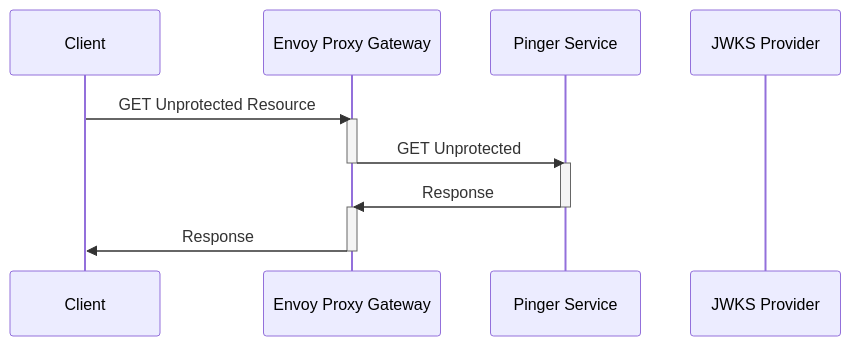
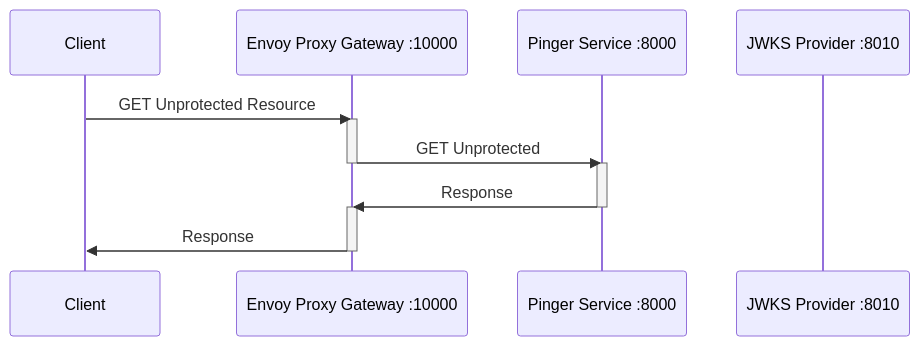
Before and after one commit to edkirin/envoygateway: the first of 2 diagrams in README.md, drawn with Mermaid. The commit also changed other lines of this file and 1 other file, not shown here.

````diff
--- a/README.md
+++ b/README.md
@@ -7,17 +7,17 @@
 ```mermaid
 sequenceDiagram
     participant client as Client
-    participant gateway as Envoy Proxy Gateway
-    participant service as Pinger Service
-    participant jwks_provider as JWKS Provider
+    participant gateway as Envoy Proxy Gateway :10000
+    participant service as Pinger Service :8000
+    participant jwks_provider as JWKS Provider :8010
     client->>gateway: GET Unprotected Resource
         activate gateway
         gateway->>service: GET Unprotected
         deactivate gateway
         activate service
         service->>gateway: Response
         deactivate service
         activate gateway
         gateway->>client: Response
         deactivate gateway
 ```
````
